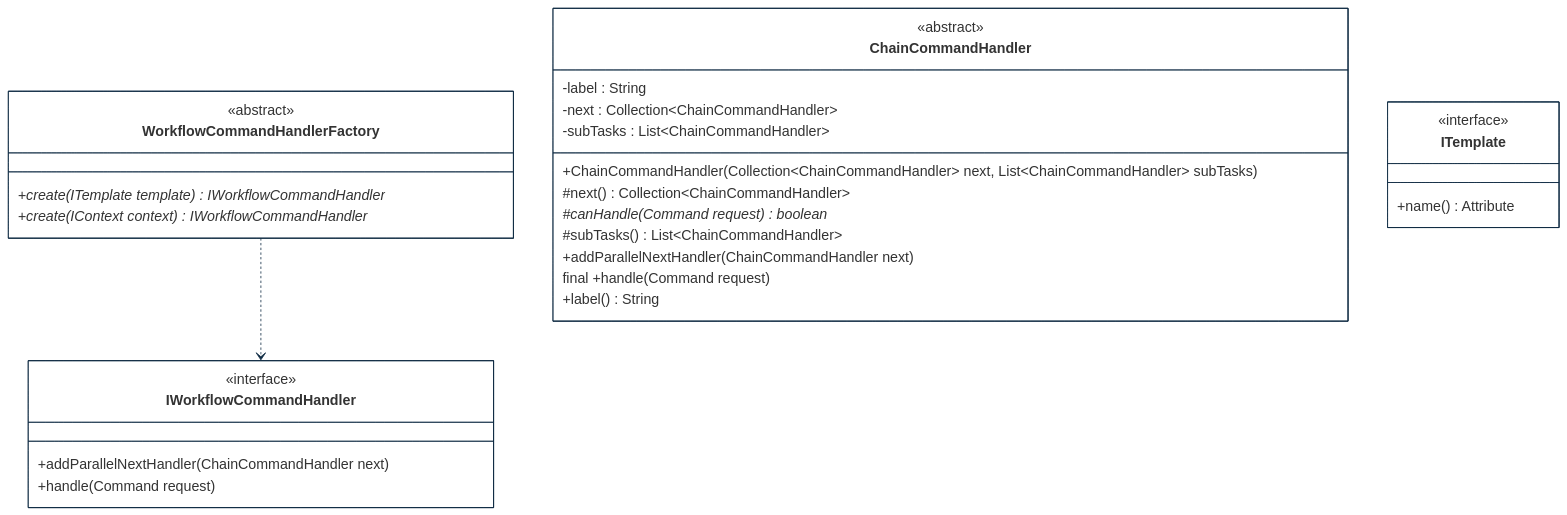
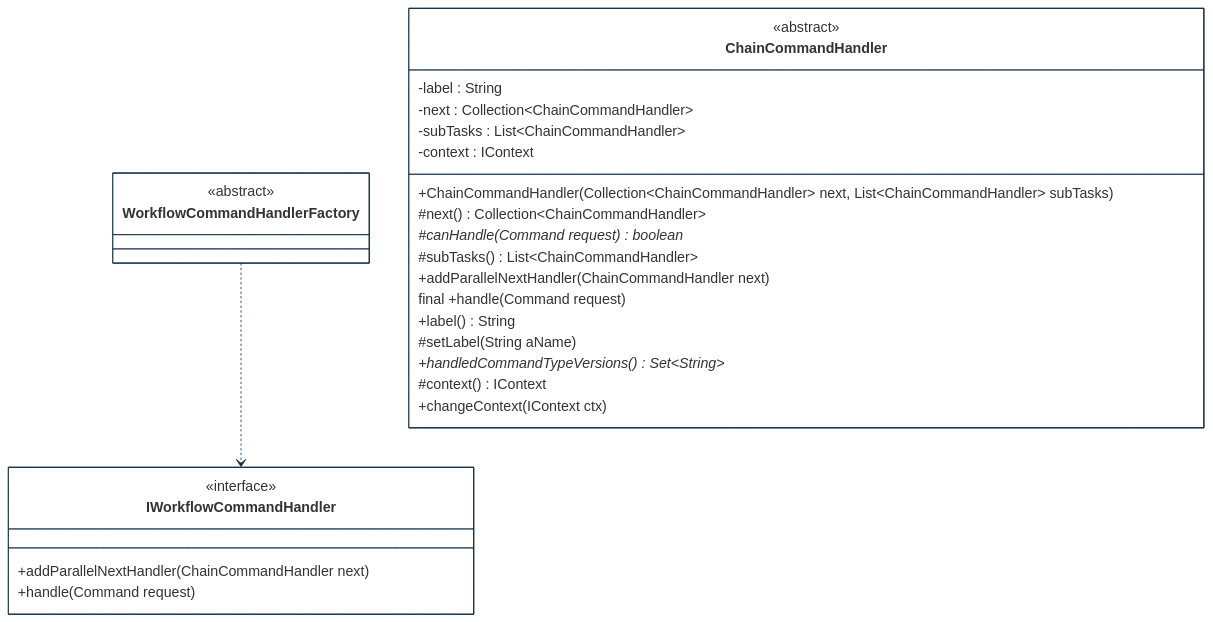
One commit to cybnity/foundation changed the diagram in implementations-line/features/workflow-process/security-activity-orchestration/designview-structure-models.md. Above: the diagram before and after it, drawn with Mermaid. The commit also changed other lines of this file and 85 other files, not shown here.

````diff
--- a/implementations-line/features/workflow-process/security-activity-orchestration/designview-structure-models.md
+++ b/implementations-line/features/workflow-process/security-activity-orchestration/designview-structure-models.md
@@ -20,50 +18,49 @@
 ```mermaid
 %%{
   init: {
     'theme': 'base',
     'themeVariables': {
         'background': '#ffffff',
         'fontFamily': 'arial',
         'fontSize': '18px',
         'primaryColor': '#fff',
         'primaryBorderColor': '#0e2a43',
         'secondaryBorderColor': '#0e2a43',
         'tertiaryBorderColor': '#0e2a43',
         'edgeLabelBackground':'#0e2a43',
         'lineColor': '#0e2a43',
         'tertiaryColor': '#fff'
     }
   }
 }%%
 classDiagram
   WorkflowCommandHandlerFactory ..> IWorkflowCommandHandler
 
   class ChainCommandHandler {
       <<abstract>>
       -label : String
       -next : Collection~ChainCommandHandler~
       -subTasks : List~ChainCommandHandler~
+      -context : IContext
       +ChainCommandHandler(Collection~ChainCommandHandler~ next, List~ChainCommandHandler~ subTasks)
       #next() Collection~ChainCommandHandler~
       #canHandle(Command request)* boolean
       #subTasks() List~ChainCommandHandler~
       +addParallelNextHandler(ChainCommandHandler next)
       final +handle(Command request)
       +label() String
+      #setLabel(String aName)
+      +handledCommandTypeVersions()* Set~String~
+      #context() IContext
+      +changeContext(IContext ctx)
   }
   class WorkflowCommandHandlerFactory {
       <<abstract>>
-      +create(ITemplate template)* IWorkflowCommandHandler
-      +create(IContext context)* IWorkflowCommandHandler
   }
   class IWorkflowCommandHandler {
       <<interface>>
       +addParallelNextHandler(ChainCommandHandler next)
       +handle(Command request)
   }
-  class ITemplate {
-      <<interface>>
-      +name() Attribute
-  }
 
 ```
````
